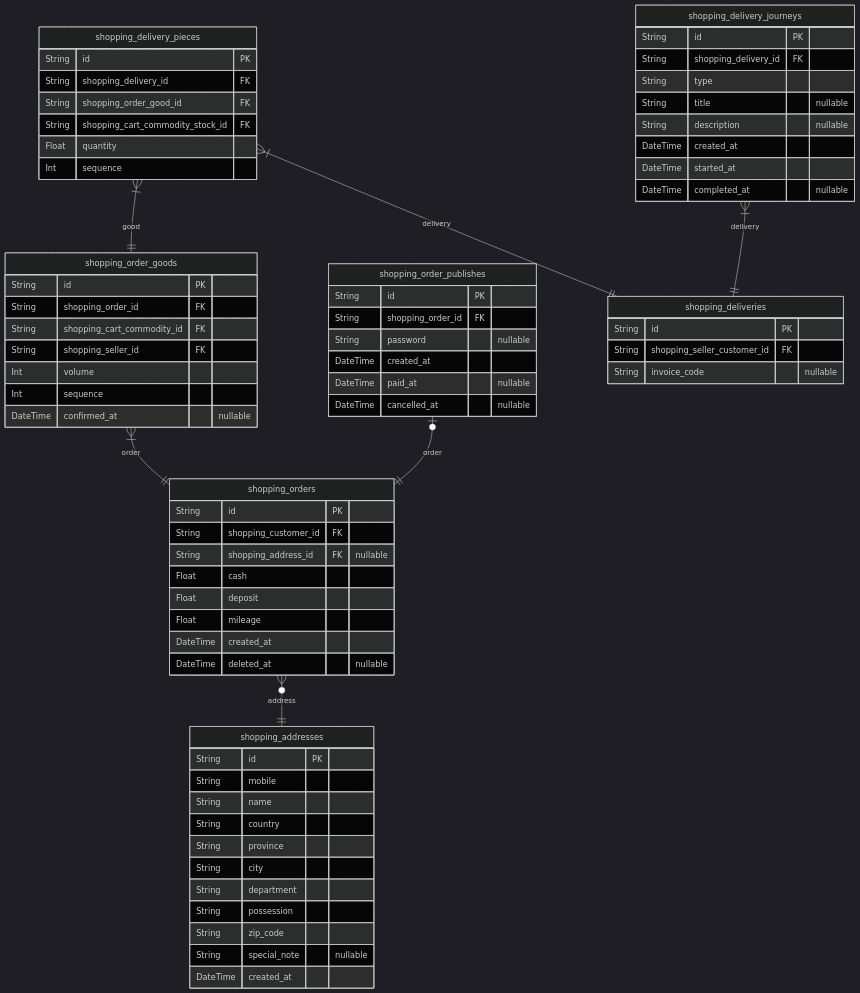
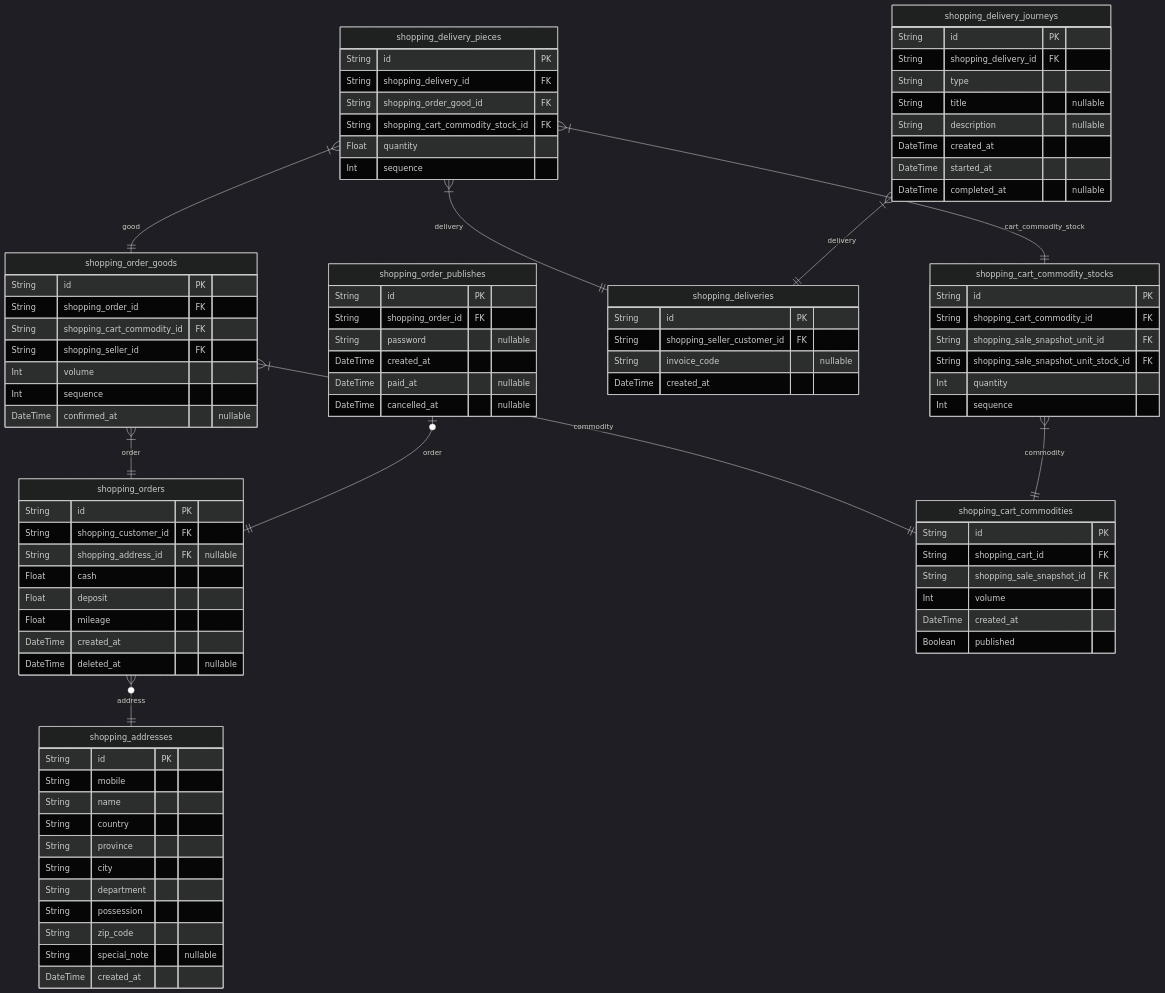
Before and after one commit to samchon/prisma-markdown: the seventh of 10 diagrams in ERD.md, drawn with Mermaid (dark theme). The commit also changed other lines of this file and 1 other file, not shown here.

Commit message:
Advanced example ERD

````diff
--- a/ERD.md
+++ b/ERD.md
@@ -1417,6 +1511,7 @@
     String id PK
     String shopping_seller_customer_id FK
     String invoice_code "nullable"
+    DateTime created_at
 }
 "shopping_delivery_pieces" {
     String id PK
@@ -1449,10 +1544,29 @@
     String special_note "nullable"
     DateTime created_at
 }
+"shopping_cart_commodities" {
+    String id PK
+    String shopping_cart_id FK
+    String shopping_sale_snapshot_id FK
+    Int volume
+    DateTime created_at
+    Boolean published
+}
+"shopping_cart_commodity_stocks" {
+    String id PK
+    String shopping_cart_commodity_id FK
+    String shopping_sale_snapshot_unit_id FK
+    String shopping_sale_snapshot_unit_stock_id FK
+    Int quantity
+    Int sequence
+}
 "shopping_orders" }o--|| "shopping_addresses" : address
 "shopping_order_goods" }|--|| "shopping_orders" : order
+"shopping_order_goods" }|--|| "shopping_cart_commodities" : commodity
 "shopping_order_publishes" |o--|| "shopping_orders" : order
 "shopping_delivery_pieces" }|--|| "shopping_deliveries" : delivery
 "shopping_delivery_pieces" }|--|| "shopping_order_goods" : good
+"shopping_delivery_pieces" }|--|| "shopping_cart_commodity_stocks" : cart_commodity_stock
 "shopping_delivery_journeys" }|--|| "shopping_deliveries" : delivery
+"shopping_cart_commodity_stocks" }|--|| "shopping_cart_commodities" : commodity
 ```
````
